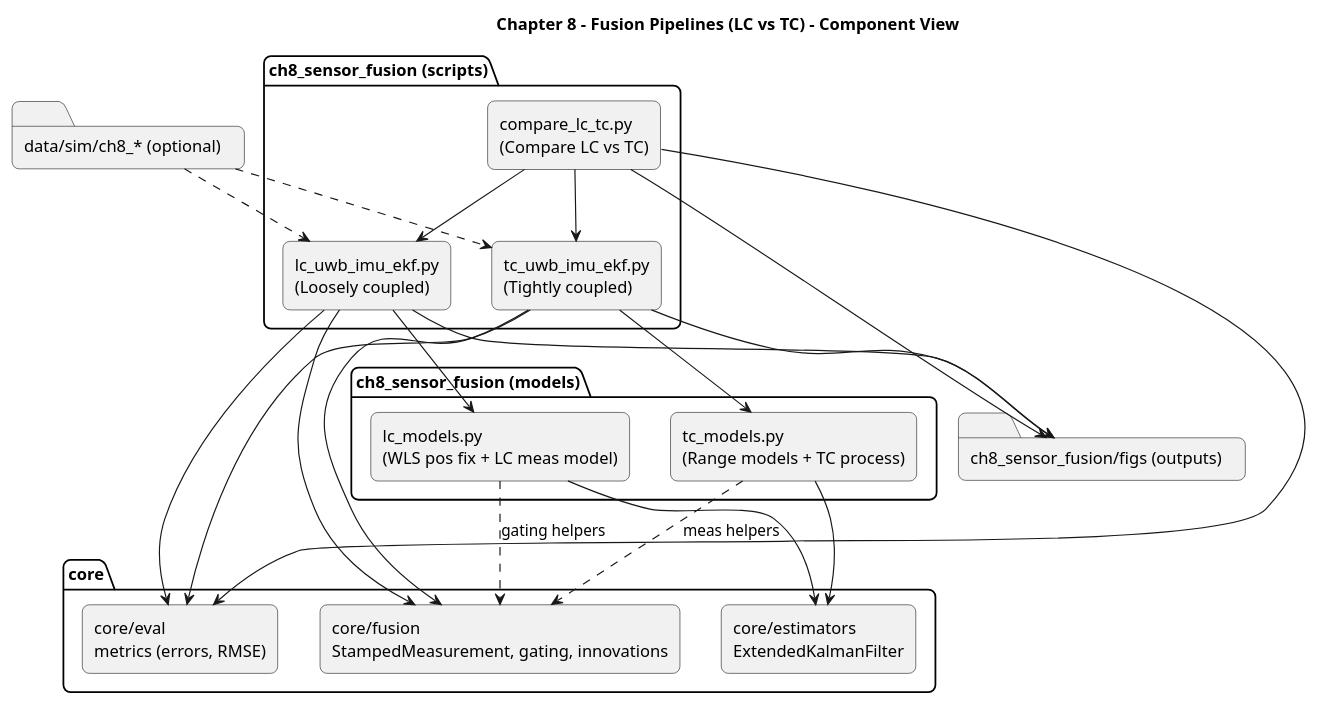
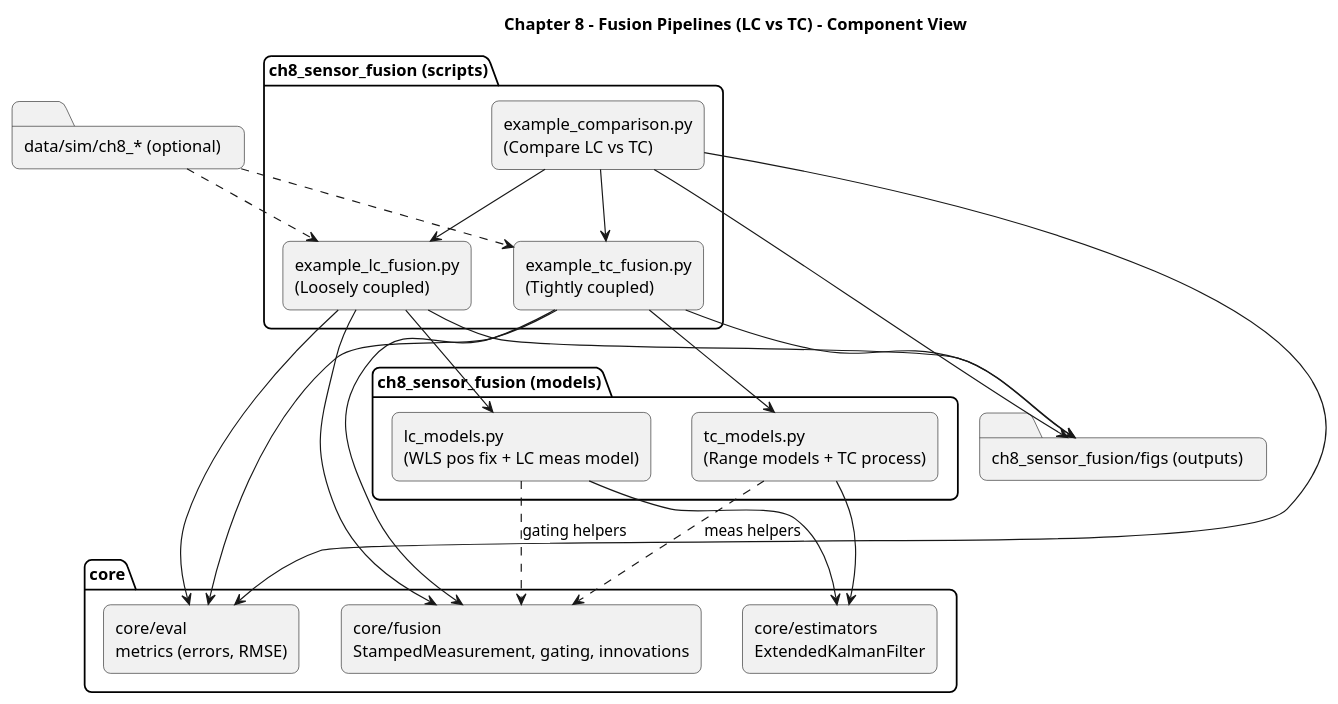
One commit to IPNL-POLYU/IPIN-Examples changed the diagram in docs/architecture/ipin_ch8_fusion_pipelines_component.puml. Above: the diagram before and after it, drawn with PlantUML. The commit also changed 38 other files, not shown here.

```diff
--- a/docs/architecture/ipin_ch8_fusion_pipelines_component.puml
+++ b/docs/architecture/ipin_ch8_fusion_pipelines_component.puml
@@ -1,49 +1,49 @@
 @startuml
 title Chapter 8 – Fusion Pipelines (LC vs TC) – Component View
 skinparam shadowing false
 skinparam roundcorner 12
 skinparam componentStyle rectangle
 
 package "ch8_sensor_fusion (scripts)" {
-  [lc_uwb_imu_ekf.py\n(Loosely coupled)] as LC
-  [tc_uwb_imu_ekf.py\n(Tightly coupled)] as TC
-  [compare_lc_tc.py\n(Compare LC vs TC)] as CMP
+  [example_lc_fusion.py\n(Loosely coupled)] as LC
+  [example_tc_fusion.py\n(Tightly coupled)] as TC
+  [example_comparison.py\n(Compare LC vs TC)] as CMP
 }
 
 package "ch8_sensor_fusion (models)" {
   [lc_models.py\n(WLS pos fix + LC meas model)] as LCM
   [tc_models.py\n(Range models + TC process)] as TCM
 }
 
 package "core" {
   [core/estimators\nExtendedKalmanFilter] as EKF
   [core/fusion\nStampedMeasurement, gating, innovations] as FUS
   [core/eval\nmetrics (errors, RMSE)] as EVAL
 }
 
 folder "data/sim/ch8_* (optional)" as DATA
 folder "ch8_sensor_fusion/figs (outputs)" as FIGS
 
 LC --> LCM
 TC --> TCM
 CMP --> LC
 CMP --> TC
 
 LCM --> EKF
 TCM --> EKF
 
 LC --> FUS
 TC --> FUS
 LC --> EVAL
 TC --> EVAL
 CMP --> EVAL
 
 DATA ..> LC
 DATA ..> TC
 LC --> FIGS
 TC --> FIGS
 CMP --> FIGS
 
 LCM ..> FUS : gating helpers
 TCM ..> FUS : meas helpers
 @enduml
```
